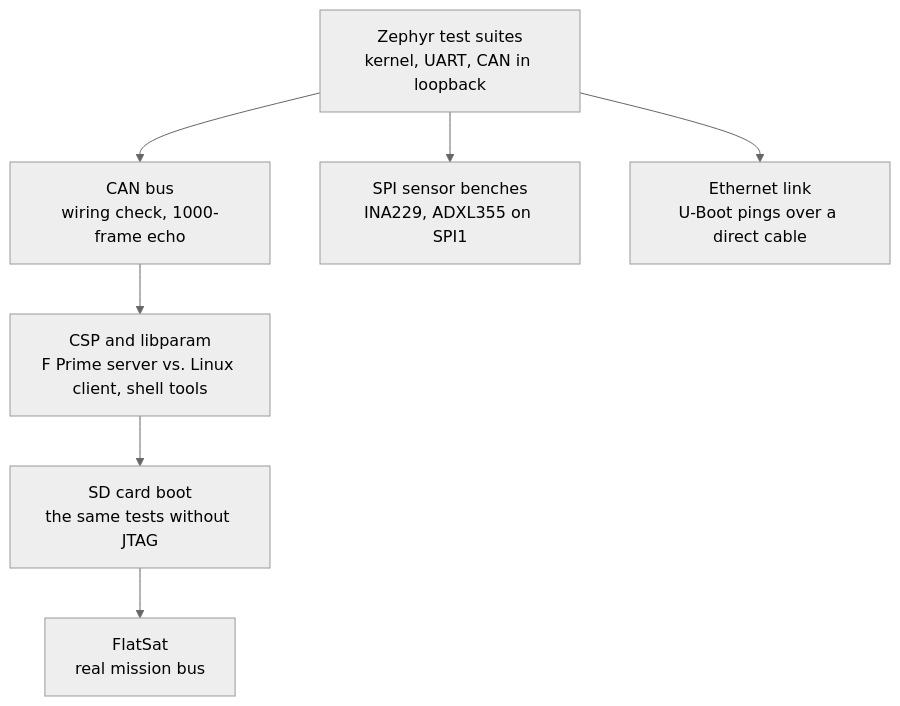
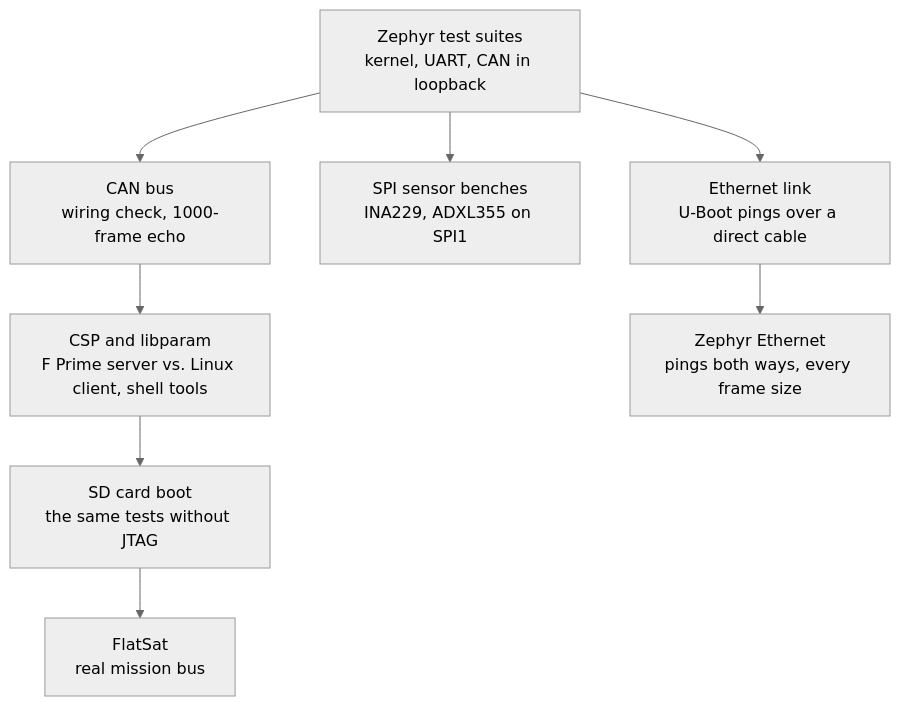
One commit to SiboVG/ZephyrOSTe0715 changed the diagram in docs/tests/index.md. Above: the diagram before and after it, drawn with Mermaid (neutral theme). The commit also changed other lines of this file and 12 other files, not shown here.

First line of the commit message:
ethernet: Zephyr on GEM0, apps/eth_bringup and TC-24 (TE-ETH-002)

````diff
--- a/docs/tests/index.md
+++ b/docs/tests/index.md
@@ -7,9 +7,10 @@
 ```mermaid
 flowchart TB
     T1["Zephyr test suites<br/>kernel, UART, CAN in loopback"] --> T2["CAN bus<br/>wiring check, 1000-frame echo"]
     T2 --> T3["CSP and libparam<br/>F Prime server vs. Linux client, shell tools"]
     T3 --> T4["SD card boot<br/>the same tests without JTAG"]
     T4 --> T5["FlatSat<br/>real mission bus"]
     T1 --> S1["SPI sensor benches<br/>INA229, ADXL355 on SPI1"]
     T1 --> E1["Ethernet link<br/>U-Boot pings over a direct cable"]
+    E1 --> E2["Zephyr Ethernet<br/>pings both ways, every frame size"]
 ```
````
